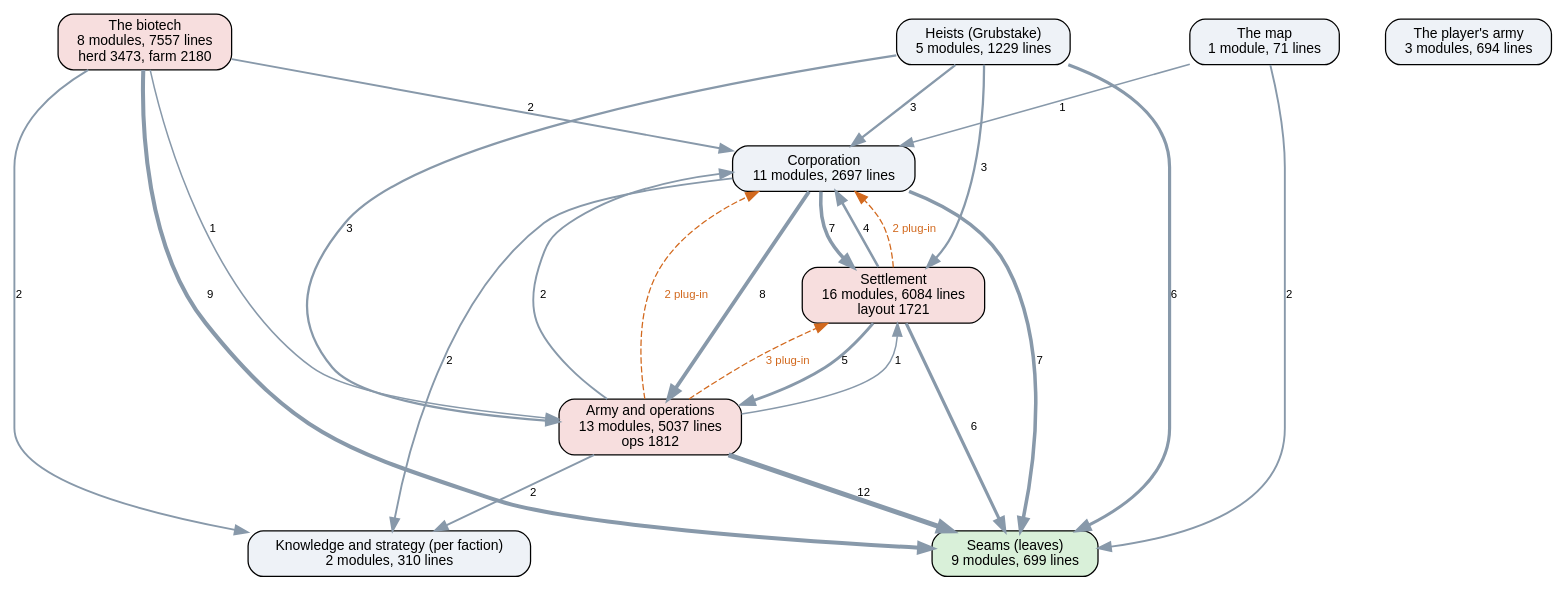
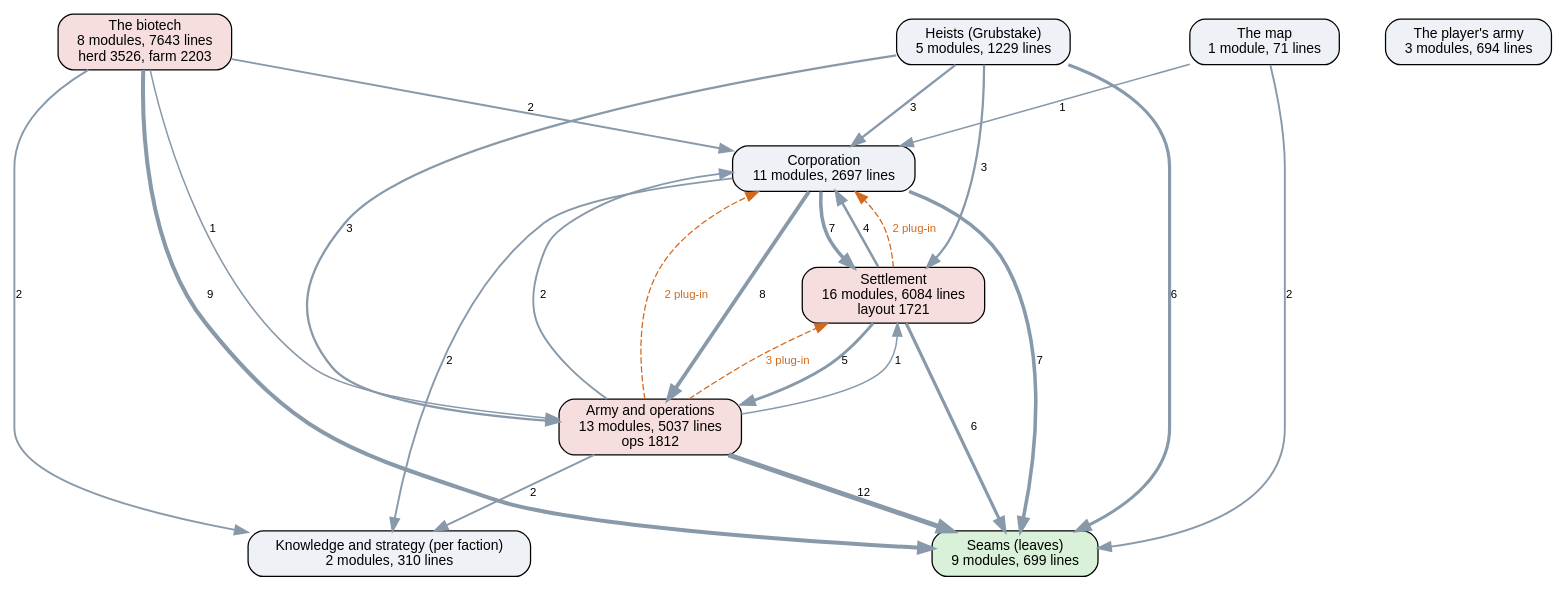
One commit to kinelhu/landing-party changed the diagram in docs/ai-layers.dot. Above: the diagram before and after it, drawn with Graphviz. The commit also changed 14 other files, not shown here.

```diff
--- a/docs/ai-layers.dot
+++ b/docs/ai-layers.dot
@@ -1,38 +1,38 @@
 digraph layers {
   graph [rankdir=TB, fontname="Helvetica", nodesep=0.5, ranksep=0.7];
   node [shape=box, style="rounded,filled", fontname="Helvetica", fontsize=11, fillcolor="#eef2f7"];
   edge [color="#8899aa", fontname="Helvetica", fontsize=9];
   "Seams (leaves)" [label="Seams (leaves)\n9 modules, 699 lines", fillcolor="#d9f0d9"];
   "Knowledge and strategy (per faction)" [label="Knowledge and strategy (per faction)\n2 modules, 310 lines", fillcolor="#eef2f7"];
   "Corporation" [label="Corporation\n11 modules, 2697 lines", fillcolor="#eef2f7"];
   "Settlement" [label="Settlement\n16 modules, 6084 lines\nlayout 1721", fillcolor="#f7dede"];
   "Army and operations" [label="Army and operations\n13 modules, 5037 lines\nops 1812", fillcolor="#f7dede"];
   "Heists (Grubstake)" [label="Heists (Grubstake)\n5 modules, 1229 lines", fillcolor="#eef2f7"];
-  "The biotech" [label="The biotech\n8 modules, 7557 lines\nherd 3473, farm 2180", fillcolor="#f7dede"];
+  "The biotech" [label="The biotech\n8 modules, 7643 lines\nherd 3526, farm 2203", fillcolor="#f7dede"];
   "The map" [label="The map\n1 module, 71 lines", fillcolor="#eef2f7"];
   "The player's army" [label="The player's army\n3 modules, 694 lines", fillcolor="#eef2f7"];
   "Army and operations" -> "Corporation" [label="2", penwidth=1.5];
   "Army and operations" -> "Knowledge and strategy (per faction)" [label="2", penwidth=1.5];
   "Army and operations" -> "Seams (leaves)" [label="12", penwidth=4.0];
   "Army and operations" -> "Settlement" [label="1", penwidth=1.2];
   "Corporation" -> "Army and operations" [label="8", penwidth=3.0];
   "Corporation" -> "Knowledge and strategy (per faction)" [label="2", penwidth=1.5];
   "Corporation" -> "Seams (leaves)" [label="7", penwidth=2.8];
   "Corporation" -> "Settlement" [label="7", penwidth=2.8];
   "Heists (Grubstake)" -> "Army and operations" [label="3", penwidth=1.8];
   "Heists (Grubstake)" -> "Corporation" [label="3", penwidth=1.8];
   "Heists (Grubstake)" -> "Seams (leaves)" [label="6", penwidth=2.5];
   "Heists (Grubstake)" -> "Settlement" [label="3", penwidth=1.8];
   "Settlement" -> "Army and operations" [label="5", penwidth=2.2];
   "Settlement" -> "Corporation" [label="4", penwidth=2.0];
   "Settlement" -> "Seams (leaves)" [label="6", penwidth=2.5];
   "The biotech" -> "Army and operations" [label="1", penwidth=1.2];
   "The biotech" -> "Corporation" [label="2", penwidth=1.5];
   "The biotech" -> "Knowledge and strategy (per faction)" [label="2", penwidth=1.5];
   "The biotech" -> "Seams (leaves)" [label="9", penwidth=3.2];
   "The map" -> "Corporation" [label="1", penwidth=1.2];
   "The map" -> "Seams (leaves)" [label="2", penwidth=1.5];
   "Army and operations" -> "Corporation" [style=dashed, color="#d2691e", fontcolor="#d2691e", label="2 plug-in"];
   "Army and operations" -> "Settlement" [style=dashed, color="#d2691e", fontcolor="#d2691e", label="3 plug-in"];
   "Settlement" -> "Corporation" [style=dashed, color="#d2691e", fontcolor="#d2691e", label="2 plug-in"];
 }
```
